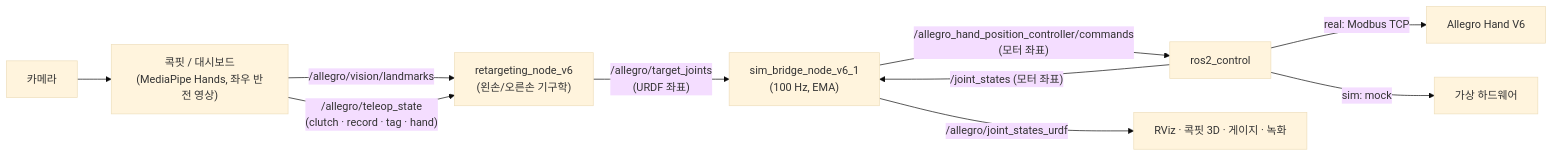
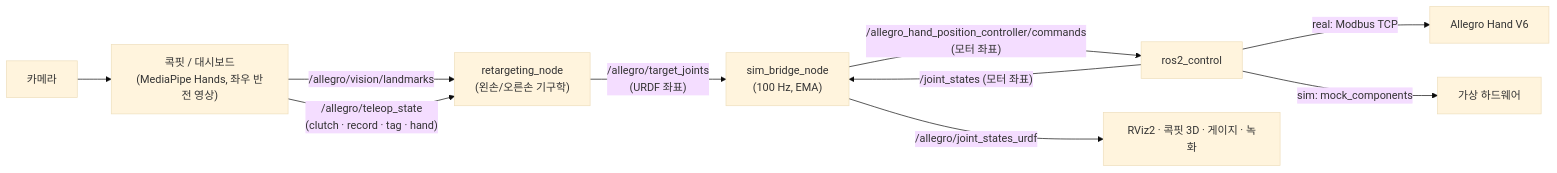
Before and after one commit to jacoblee1214/allegro_vision_teleop: the diagram in README.md, drawn with Mermaid (base theme). The commit also changed other lines of this file and 131 other files, not shown here.

````diff
--- a/README.md
+++ b/README.md
@@ -160,12 +211,12 @@
 ```mermaid
 flowchart LR
     CAM["카메라"] --> UI["콕핏 / 대시보드<br/>(MediaPipe Hands, 좌우 반전 영상)"]
-    UI -->|"/allegro/vision/landmarks"| RT["retargeting_node_v6<br/>(왼손/오른손 기구학)"]
+    UI -->|"/allegro/vision/landmarks"| RT["retargeting_node<br/>(왼손/오른손 기구학)"]
     UI -->|"/allegro/teleop_state<br/>(clutch · record · tag · hand)"| RT
-    RT -->|"/allegro/target_joints<br/>(URDF 좌표)"| BR["sim_bridge_node_v6_1<br/>(100 Hz, EMA)"]
+    RT -->|"/allegro/target_joints<br/>(URDF 좌표)"| BR["sim_bridge_node<br/>(100 Hz, EMA)"]
     BR -->|"/allegro_hand_position_controller/commands<br/>(모터 좌표)"| CM["ros2_control"]
     CM -->|"real: Modbus TCP"| HW["Allegro Hand V6"]
-    CM -->|"sim: mock"| MOCK["가상 하드웨어"]
+    CM -->|"sim: mock_components"| MOCK["가상 하드웨어"]
     CM -->|"/joint_states (모터 좌표)"| BR
-    BR -->|"/allegro/joint_states_urdf"| VIEW["RViz · 콕핏 3D · 게이지 · 녹화"]
+    BR -->|"/allegro/joint_states_urdf"| VIEW["RViz2 · 콕핏 3D · 게이지 · 녹화"]
 ```
````
